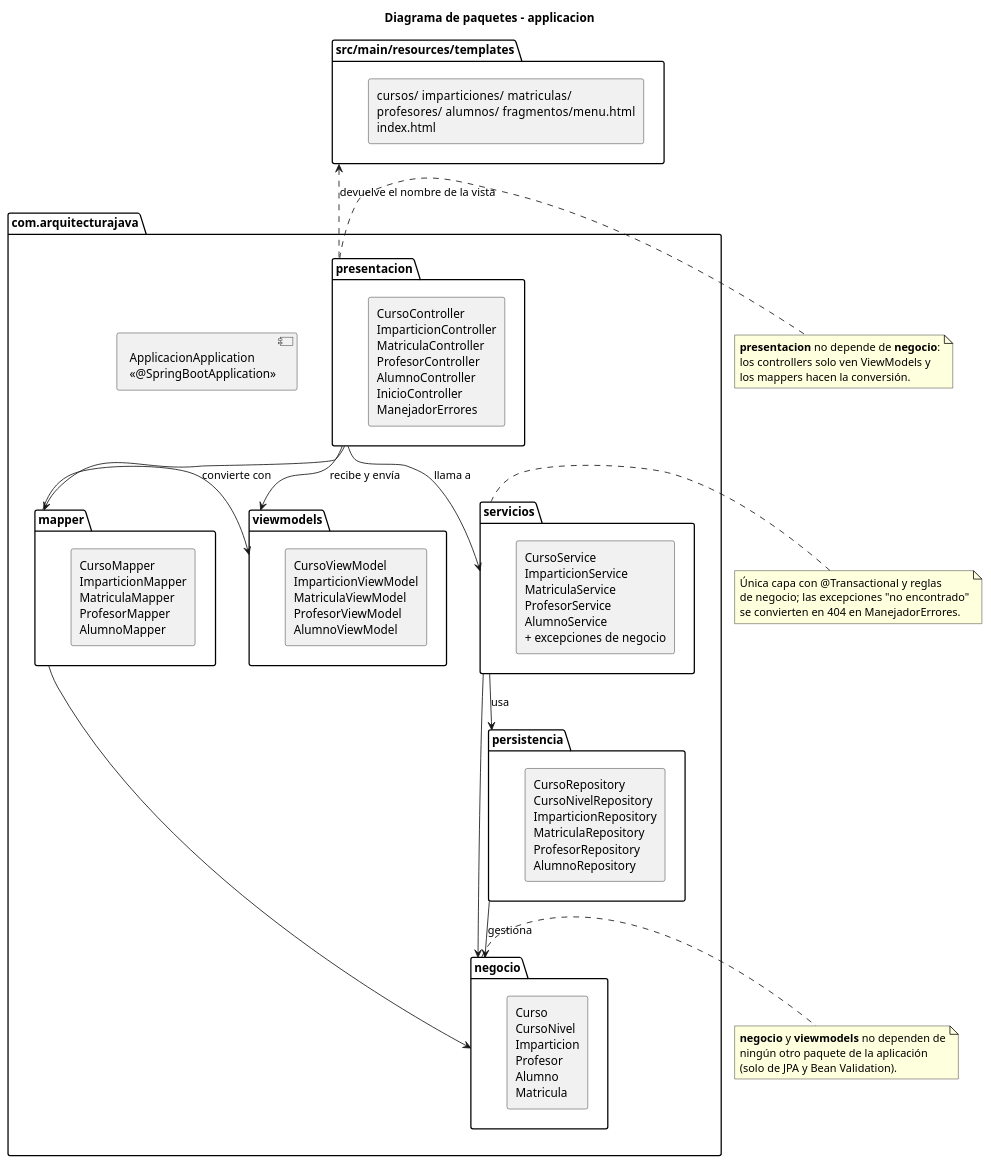
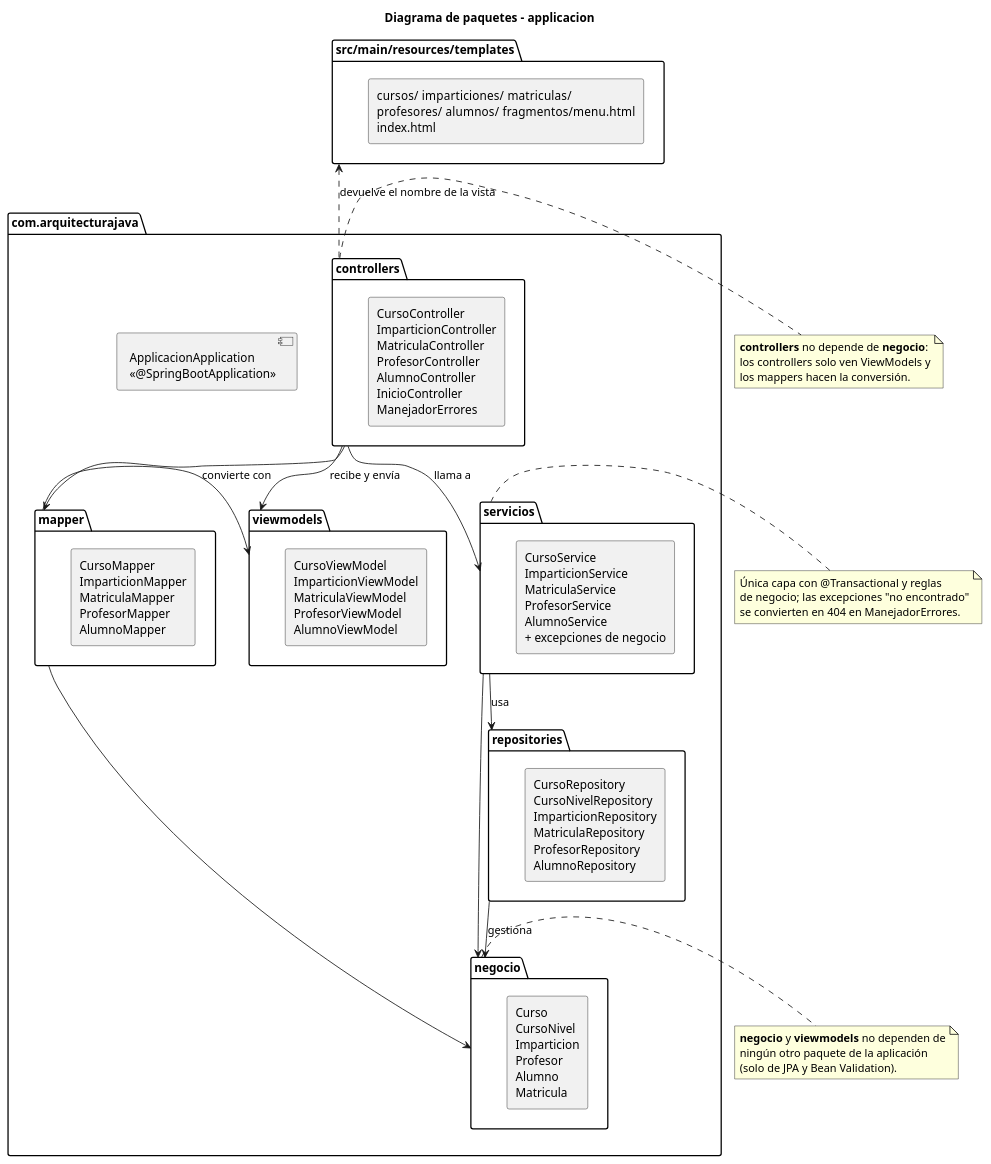
The diagram in docs/paquetes/diagrama-paquetes.puml (cecilioalvarez/rup2026), drawn with PlantUML before and after one commit. The commit also changed 47 other files, not shown here.

First line of the commit message:
Tests de arquitectura con ArchUnit y paquetes controllers y repositories

```diff
--- a/docs/paquetes/diagrama-paquetes.puml
+++ b/docs/paquetes/diagrama-paquetes.puml
@@ -1,71 +1,71 @@
 @startuml diagrama-paquetes
 title Diagrama de paquetes - applicacion
 
 skinparam packageStyle folder
 hide empty members
 set separator none
 allowmixing
 
 ' Dependencias obtenidas de los imports reales entre paquetes (una flecha = "usa a")
 
 package "com.arquitecturajava" as raiz {
   component "ApplicacionApplication\n<<@SpringBootApplication>>" as app
 
-  package "presentacion" as presentacion {
+  package "controllers" as controllers {
     rectangle "CursoController\nImparticionController\nMatriculaController\nProfesorController\nAlumnoController\nInicioController\nManejadorErrores" as pres_clases
   }
 
   package "viewmodels" as viewmodels {
     rectangle "CursoViewModel\nImparticionViewModel\nMatriculaViewModel\nProfesorViewModel\nAlumnoViewModel" as vm_clases
   }
 
   package "mapper" as mapper {
     rectangle "CursoMapper\nImparticionMapper\nMatriculaMapper\nProfesorMapper\nAlumnoMapper" as map_clases
   }
 
   package "servicios" as servicios {
     rectangle "CursoService\nImparticionService\nMatriculaService\nProfesorService\nAlumnoService\n+ excepciones de negocio" as serv_clases
   }
 
-  package "persistencia" as persistencia {
+  package "repositories" as repositories {
     rectangle "CursoRepository\nCursoNivelRepository\nImparticionRepository\nMatriculaRepository\nProfesorRepository\nAlumnoRepository" as pers_clases
   }
 
   package "negocio" as negocio {
     rectangle "Curso\nCursoNivel\nImparticion\nProfesor\nAlumno\nMatricula" as neg_clases
   }
 }
 
 package "src/main/resources/templates" as templates {
   rectangle "cursos/  imparticiones/  matriculas/\nprofesores/  alumnos/  fragmentos/menu.html\nindex.html" as plantillas
 }
 
-presentacion -down-> servicios : llama a
-presentacion -left-> mapper : convierte con
-presentacion -down-> viewmodels : recibe y envía
-presentacion .up.> templates : devuelve el nombre de la vista
+controllers -down-> servicios : llama a
+controllers -left-> mapper : convierte con
+controllers -down-> viewmodels : recibe y envía
+controllers .up.> templates : devuelve el nombre de la vista
 mapper -down-> negocio
 mapper -left-> viewmodels
-servicios -down-> persistencia : usa
+servicios -down-> repositories : usa
 servicios -down-> negocio
-persistencia -down-> negocio : gestiona
+repositories -down-> negocio : gestiona
 
-note right of presentacion
-  <b>presentacion</b> no depende de <b>negocio</b>:
+note right of controllers
+  <b>controllers</b> no depende de <b>negocio</b>:
   los controllers solo ven ViewModels y
   los mappers hacen la conversión.
 end note
 
 note right of negocio
   <b>negocio</b> y <b>viewmodels</b> no dependen de
   ningún otro paquete de la aplicación
   (solo de JPA y Bean Validation).
 end note
 
 note left of servicios
   Única capa con @Transactional y reglas
   de negocio; las excepciones "no encontrado"
   se convierten en 404 en ManejadorErrores.
 end note
 
 @enduml
```
